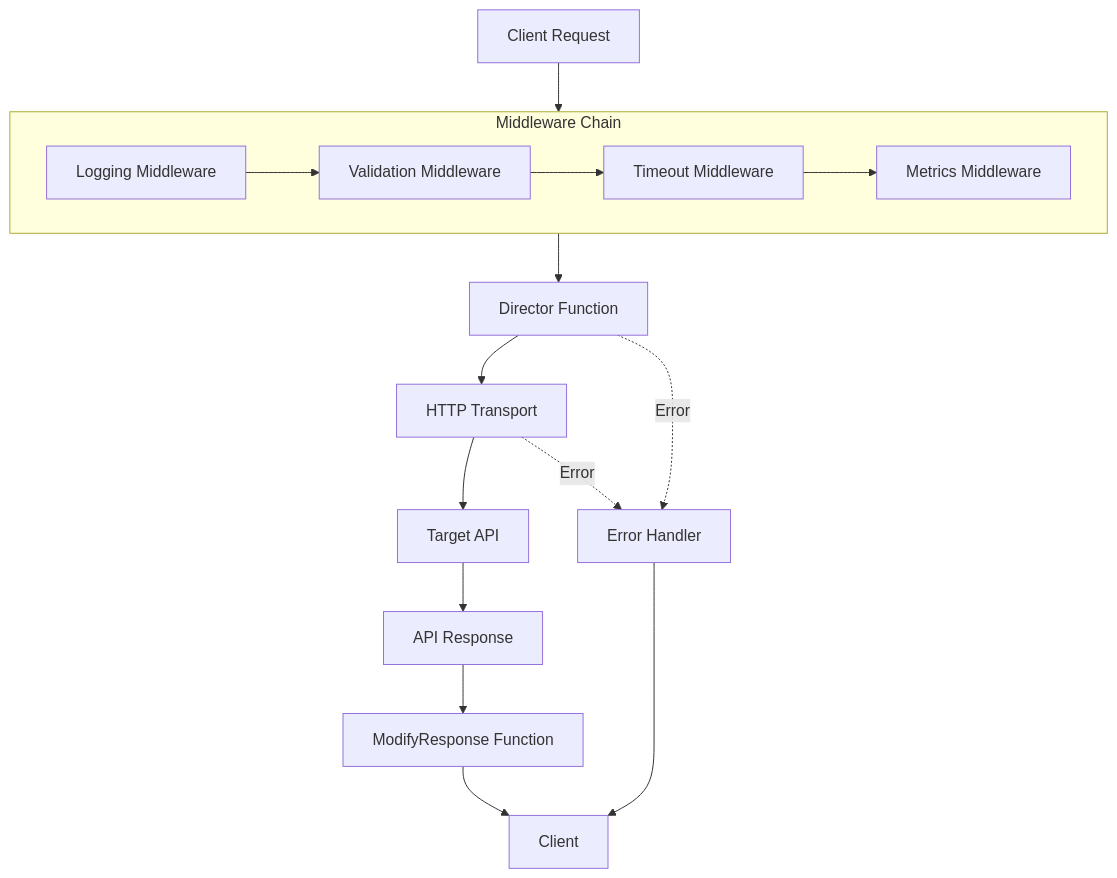
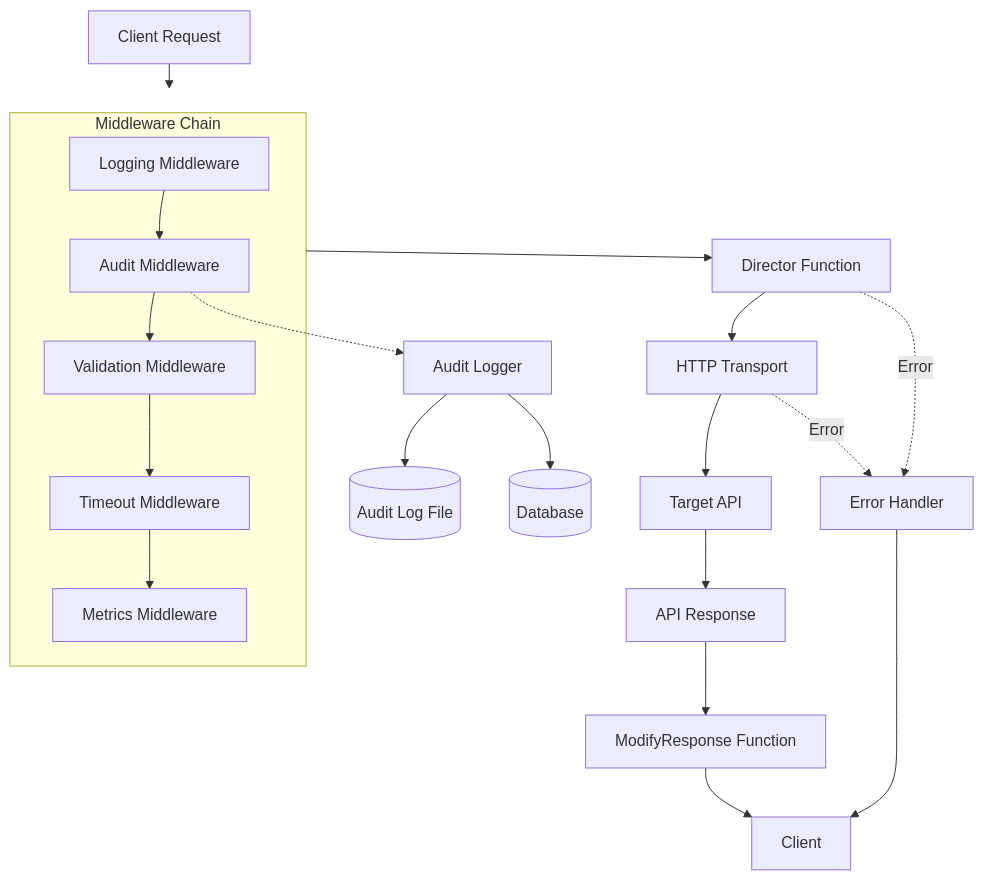
Before and after one commit to sofatutor/llm-proxy: the second of 8 diagrams in docs/architecture.md, drawn with Mermaid. The commit also changed other lines of this file and 4 other files, not shown here.

Commit message:
Add comprehensive audit logging documentation

````diff
--- a/docs/architecture.md
+++ b/docs/architecture.md
@@ -56,17 +59,22 @@
 ```mermaid
 flowchart TD
     Request["Client Request"] --> Middleware
     
     subgraph Middleware["Middleware Chain"]
-        Logging["Logging Middleware"] --> Validation["Validation Middleware"] 
+        Logging["Logging Middleware"] --> Audit["Audit Middleware"]
+        Audit --> Validation["Validation Middleware"] 
         Validation --> Timeout["Timeout Middleware"]
         Timeout --> Metrics["Metrics Middleware"]
     end
     
     Middleware --> Director["Director Function"] --> Transport["HTTP Transport"] --> TargetAPI["Target API"]
     TargetAPI --> Response["API Response"] --> ModifyResponse["ModifyResponse Function"] --> Client["Client"]
     
+    Audit -.-> AuditLogger["Audit Logger"]
+    AuditLogger --> AuditFile[("Audit Log File")]
+    AuditLogger --> AuditDB[("Database")]
+    
     ErrorHandler["Error Handler"] --> Client
     Director -.-> |"Error"| ErrorHandler
     Transport -.-> |"Error"| ErrorHandler
 ```
````
